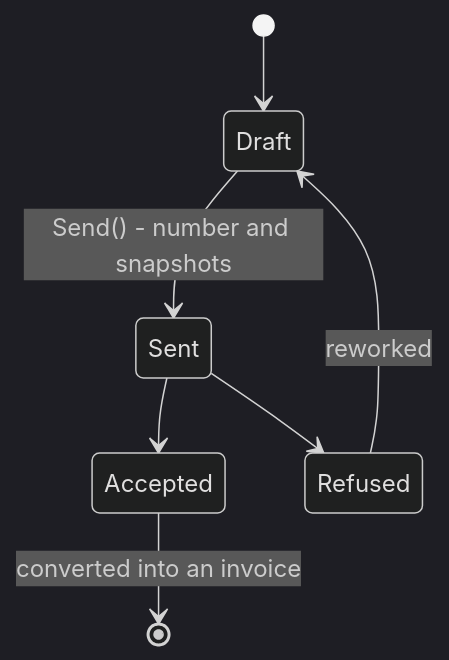
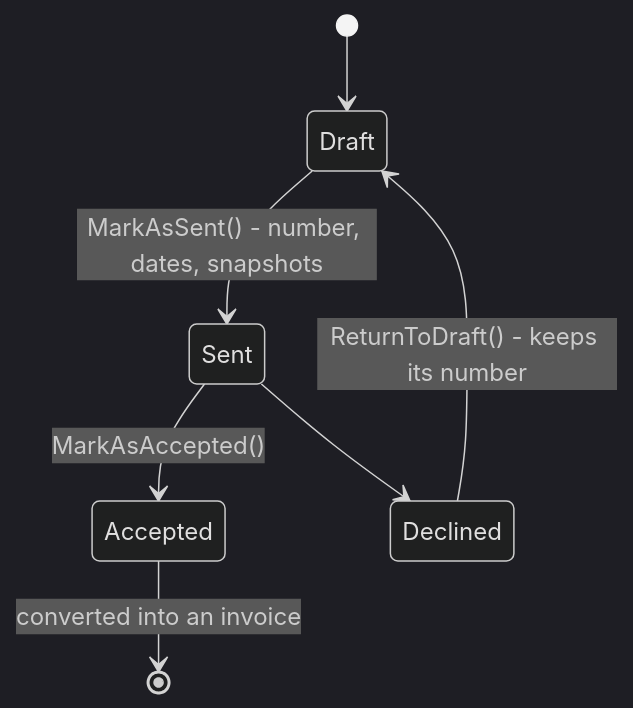
One commit to MarineLouWork/ChaChing changed the third of 3 diagrams in docs/domain-model.md. Above: the diagram before and after it, drawn with Mermaid (dark theme). The commit also changed other lines of this file and 7 other files, not shown here.

First line of the commit message:
feat + tests(quote): lifecycle (MarkAsSent/Accepted/Declined, ReturnToDraft), QuoteNumber, draft-only edits

````diff
--- a/docs/domain-model.md
+++ b/docs/domain-model.md
@@ -166,9 +166,9 @@
 ```mermaid
 stateDiagram-v2
     [*] --> Draft
-    Draft --> Sent : Send() - number and snapshots
-    Sent --> Accepted
-    Sent --> Refused
-    Refused --> Draft : reworked
+    Draft --> Sent : MarkAsSent() - number, dates, snapshots
+    Sent --> Accepted : MarkAsAccepted()
+    Sent --> Declined
+    Declined --> Draft : ReturnToDraft() - keeps its number
     Accepted --> [*] : converted into an invoice
 ```
````
